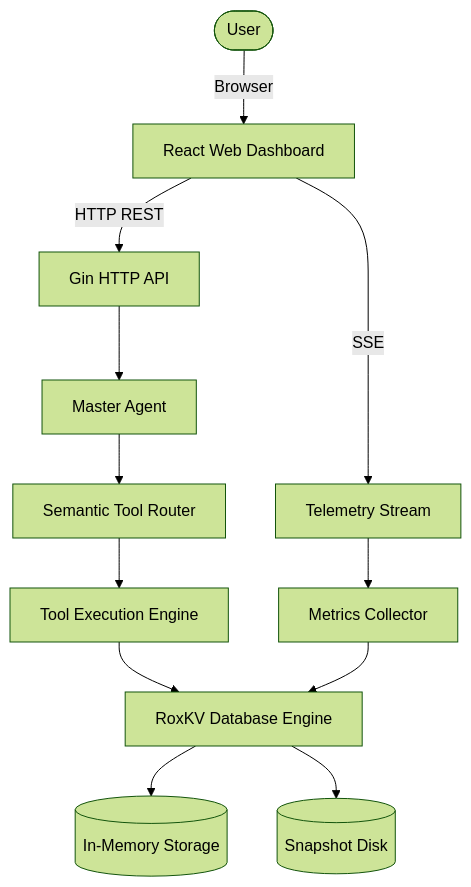
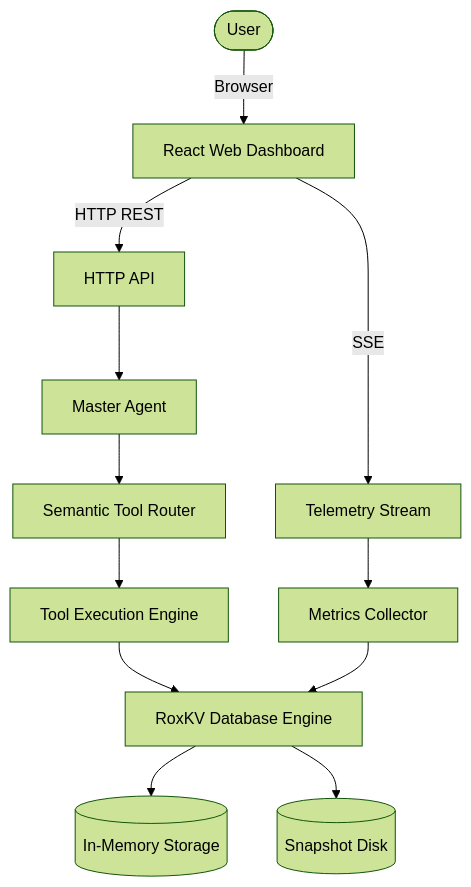
One commit to rahulkumarparida/roxkv changed the first of 4 diagrams in README.md. Above: the diagram before and after it, drawn with Mermaid (forest theme). The commit also changed other lines of this file and 16 other files, not shown here.

````diff
--- a/README.md
+++ b/README.md
@@ -115,17 +115,17 @@
 ```mermaid
 graph TD
     User([User]) -->|Browser| Dashboard[React Web Dashboard]
-    Dashboard -->|HTTP REST| API[Gin HTTP API]
+    Dashboard -->|HTTP REST| API[HTTP API]
     Dashboard -->|SSE| Telemetry[Telemetry Stream]
     
     API --> MasterAgent[Master Agent]
     MasterAgent --> SemanticRouter[Semantic Tool Router]
     SemanticRouter --> Tools[Tool Execution Engine]
     Tools --> RoxKVCore[RoxKV Database Engine]
     
     Telemetry --> MetricsCollector[Metrics Collector]
     MetricsCollector --> RoxKVCore
     
     RoxKVCore --> Storage[(In-Memory Storage)]
     RoxKVCore --> Disk[(Snapshot Disk)]
 ```
````
